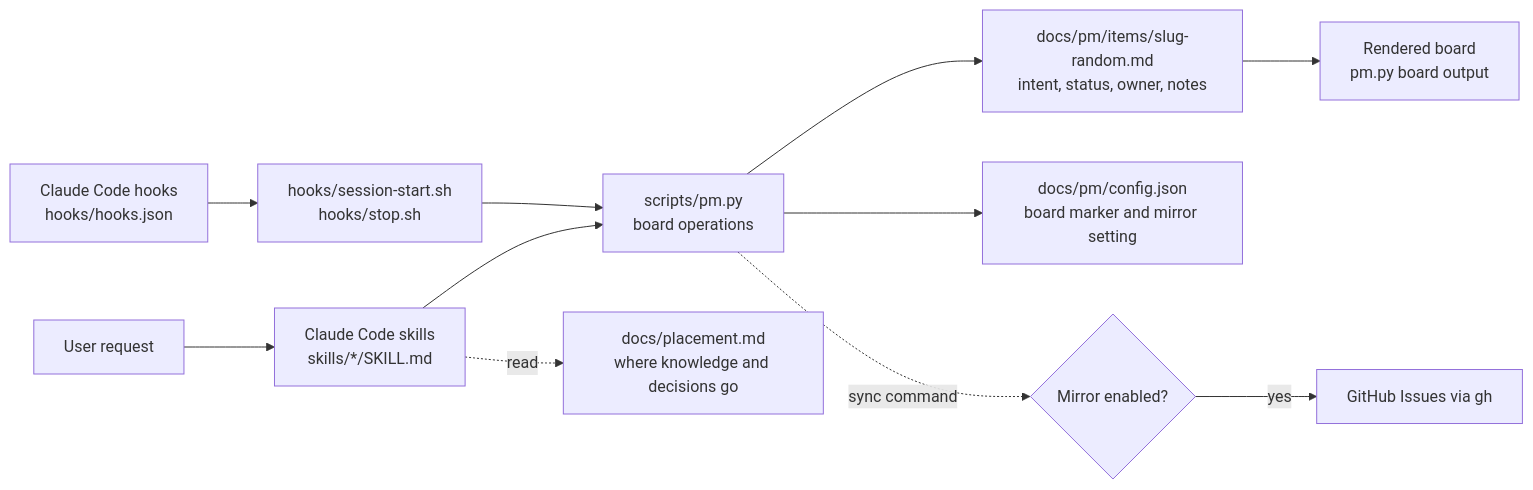
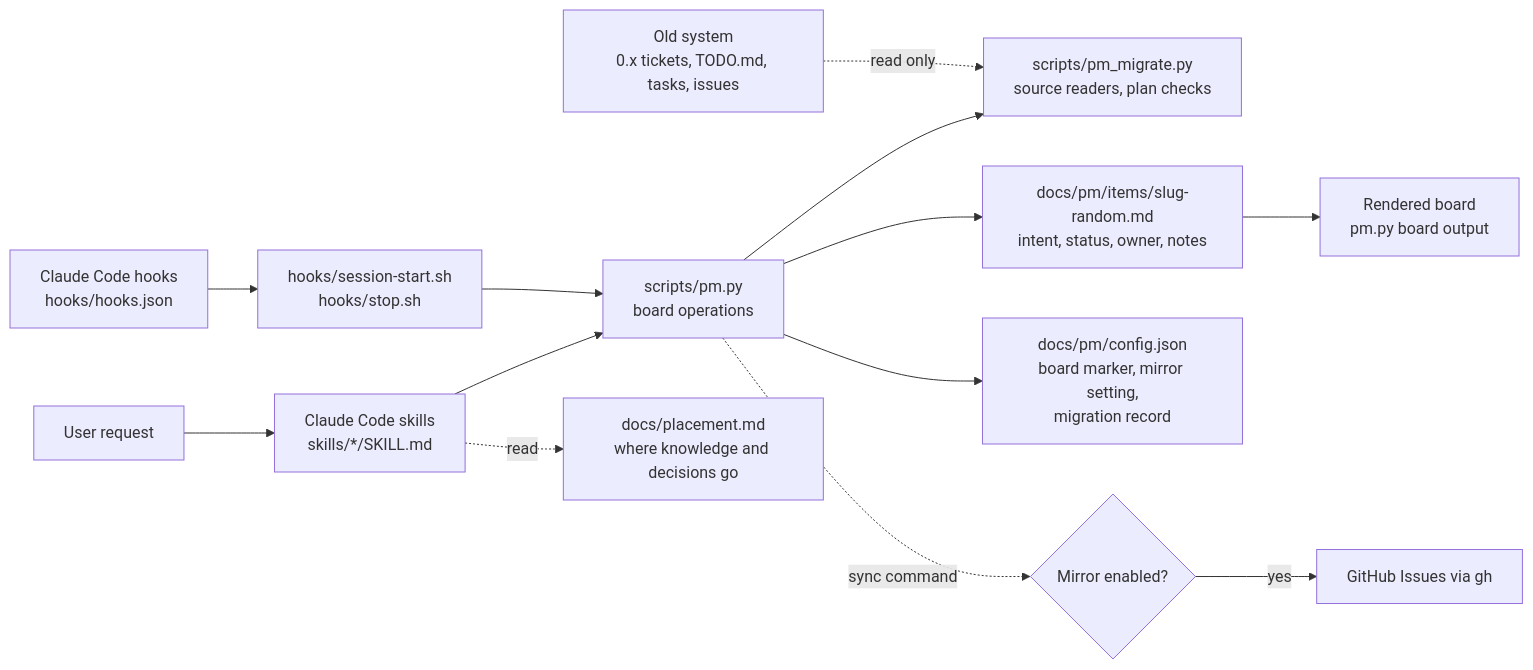
Before and after one commit to yehezkieled/pm-plugin: the first of 3 diagrams in docs/architecture.md, drawn with Mermaid. The commit also changed other lines of this file and 60 other files, not shown here.

First line of the commit message:
feat: add /pm:migrate to move existing task systems onto the pm board (#6)

````diff
--- a/docs/architecture.md
+++ b/docs/architecture.md
@@ -7,13 +7,15 @@
 ```mermaid
 flowchart LR
   U[User request] --> S[Claude Code skills<br/>skills/*/SKILL.md]
   S --> C[scripts/pm.py<br/>board operations]
+  C --> M[scripts/pm_migrate.py<br/>source readers, plan checks]
+  OLD[Old system<br/>0.x tickets, TODO.md, tasks, issues] -. read only .-> M
   C --> I[docs/pm/items/slug-random.md<br/>intent, status, owner, notes]
-  C --> K[docs/pm/config.json<br/>board marker and mirror setting]
+  C --> K[docs/pm/config.json<br/>board marker, mirror setting,<br/>migration record]
   S -. read .-> PG[docs/placement.md<br/>where knowledge and decisions go]
   I --> B[Rendered board<br/>pm.py board output]
   H[Claude Code hooks<br/>hooks/hooks.json] --> SH[hooks/session-start.sh<br/>hooks/stop.sh]
   SH --> C
   G{Mirror enabled?} -->|yes| GH[GitHub Issues via gh]
   C -. sync command .-> G
 ```
````
